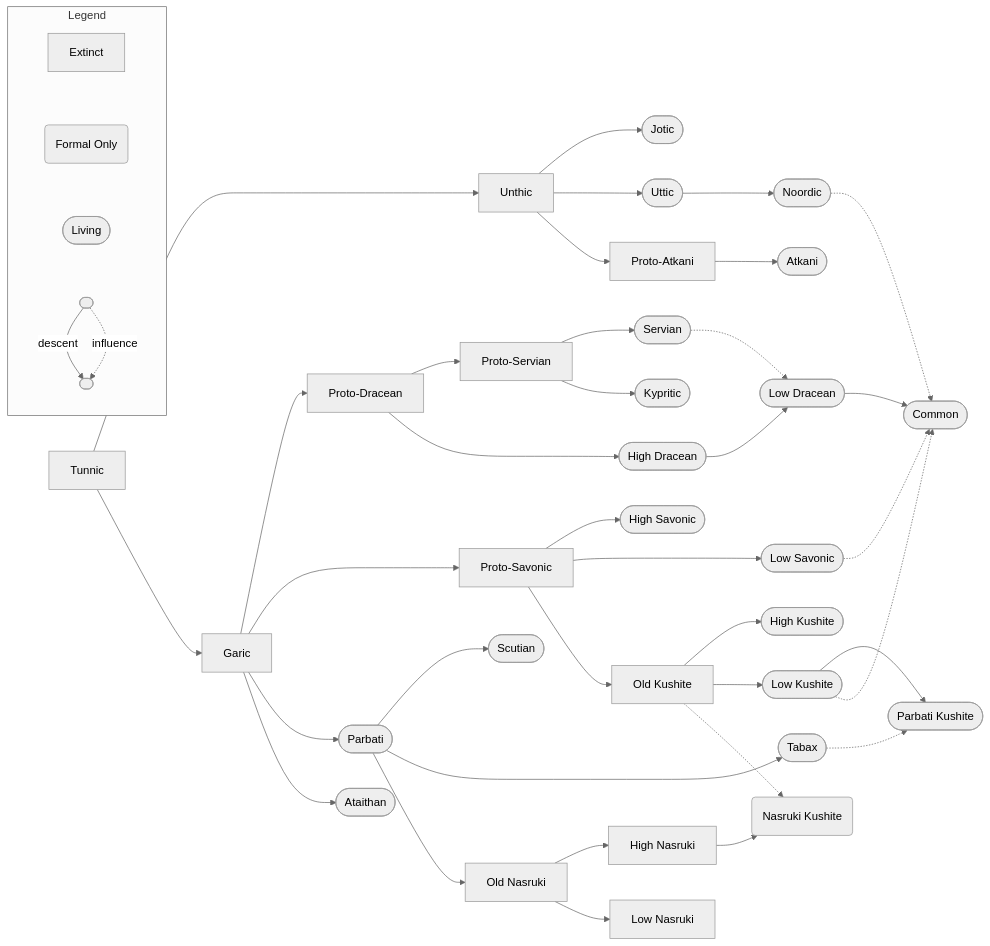
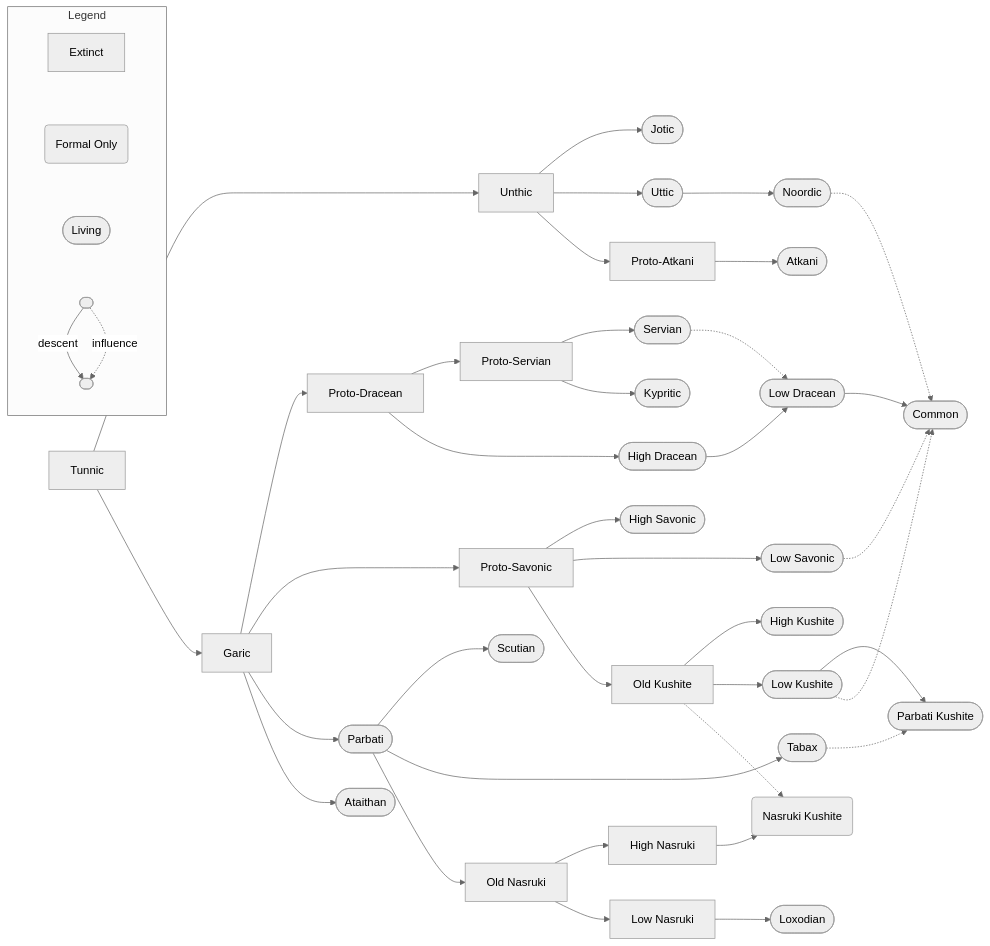
One commit to TEParsons/Iuncterra changed the diagram in source/lore/languages/index.md. Above: the diagram before and after it, drawn with Mermaid (neutral theme).

Commit message:
Add loxodon language

```diff
--- a/source/lore/languages/index.md
+++ b/source/lore/languages/index.md
@@ -10,6 +10,7 @@
 tunnic[Tunnic]
 unthic[Unthic]
 garic[Garic]
+ataithan([Ataithan])
 proto-dracean[Proto-Dracean]
 proto-savonic[Proto-Savonic]
 proto-atkani[Proto-Atkani]
@@ -17,6 +18,7 @@
 old-nasruki[Old Nasruki]
 high-nasruki[High Nasruki]
 low-nasruki[Low Nasruki]
+loxodian([Loxodian])
 uttic([Uttic])
 jotic([Jotic])
 atkani([Atkani])
@@ -36,7 +38,6 @@
 parbati-kushite([Parbati Kushite])
 nasruki-kushite(Nasruki Kushite)
 common([Common])
-ataithan([Ataithan])
 
 %% define relations
 tunnic --> unthic
@@ -75,6 +76,7 @@
 old-nasruki --> high-nasruki
 old-nasruki --> low-nasruki
 high-nasruki --> nasruki-kushite
+low-nasruki --> loxodian
 
 garic --> ataithan
 
```
